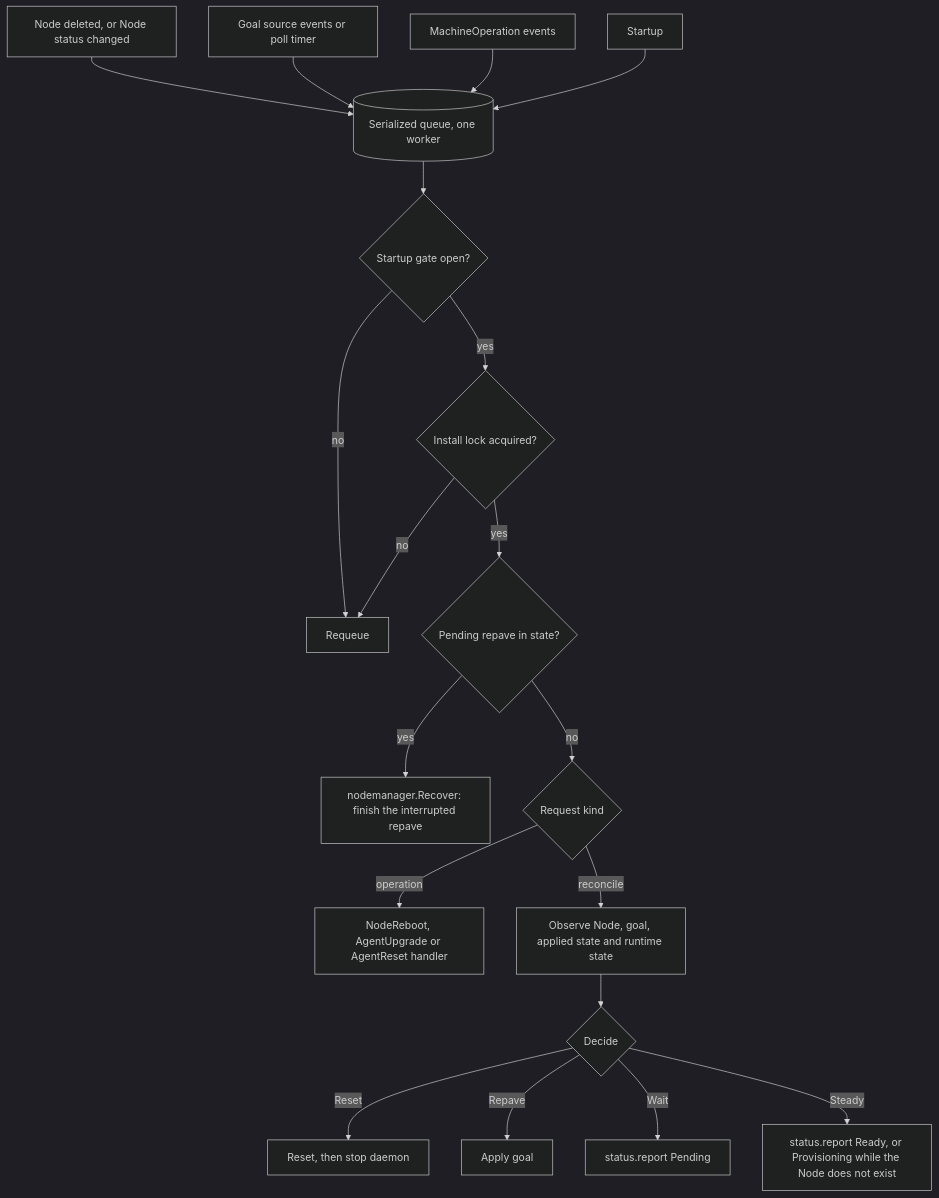
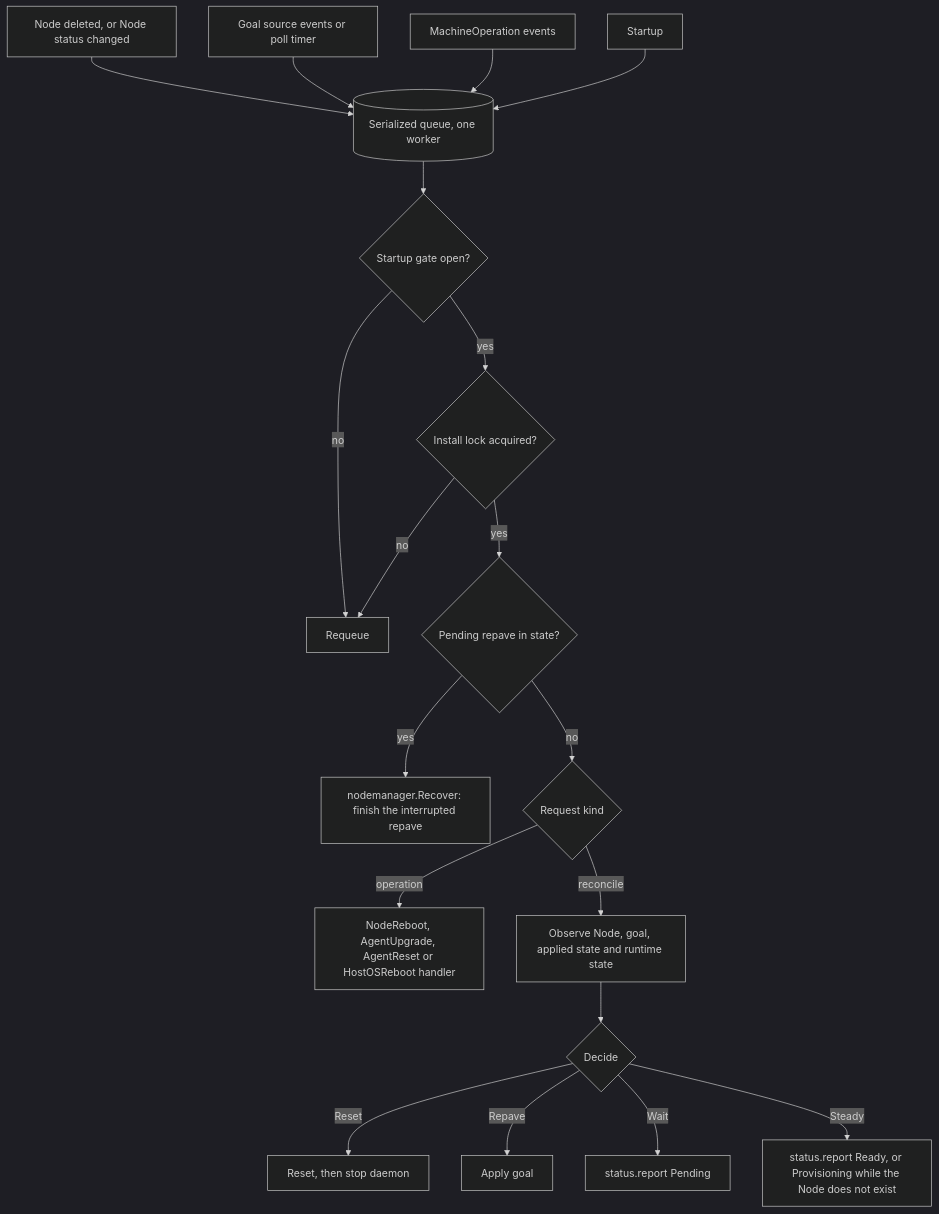
Before and after one commit to Azure/unbounded: the diagram in designs/agent-v2/04-control-and-state.md, drawn with Mermaid (dark theme). The commit also changed other lines of this file and 4 other files, not shown here.

````diff
--- a/designs/agent-v2/04-control-and-state.md
+++ b/designs/agent-v2/04-control-and-state.md
@@ -187,21 +187,21 @@
 ```mermaid
 flowchart TD
   T1["Node deleted, or Node status changed"] --> Q
   T2["Goal source events or poll timer"] --> Q
   T3["MachineOperation events"] --> Q
   T4["Startup"] --> Q
   Q[("Serialized queue, one worker")] --> G{"Startup gate open?"}
   G -- no --> RQ["Requeue"]
   G -- yes --> L{"Install lock acquired?"}
   L -- no --> RQ
   L -- yes --> P{"Pending repave in state?"}
   P -- yes --> RF["nodemanager.Recover: finish the interrupted repave"]
   P -- no --> K{"Request kind"}
-  K -- operation --> OP["NodeReboot, AgentUpgrade or AgentReset handler"]
+  K -- operation --> OP["NodeReboot, AgentUpgrade, AgentReset or HostOSReboot handler"]
   K -- reconcile --> O["Observe Node, goal, applied state and runtime state"]
   O --> D{"Decide"}
   D -- Reset --> RS["Reset, then stop daemon"]
   D -- Repave --> AP["Apply goal"]
   D -- Wait --> W["status.report Pending"]
   D -- Steady --> S["status.report Ready, or Provisioning while the Node does not exist"]
 ```
````
